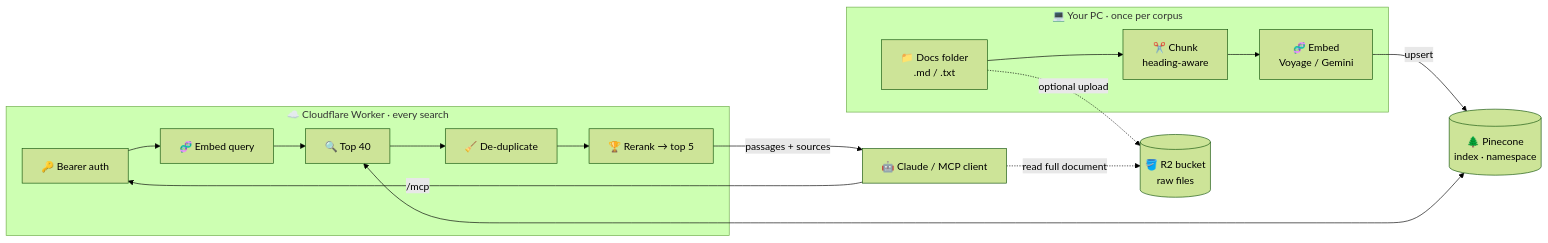
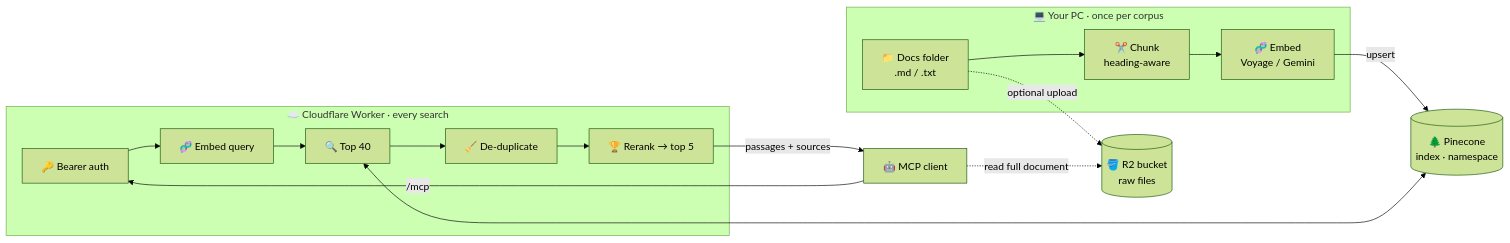
The diagram in README.md (chinmay-sh/flareRAG), drawn with Mermaid (forest theme) before and after one commit. The commit also changed other lines of this file, not shown here.

Commit message:
Update README to clarify MCP client references and improve descriptions

````diff
--- a/README.md
+++ b/README.md
@@ -36,22 +36,22 @@
 ```mermaid
 flowchart LR
     subgraph PC["💻 Your PC · once per corpus"]
         D["📁 Docs folder<br/>.md / .txt"] --> C["✂️ Chunk<br/>heading-aware"]
         C --> E["🧬 Embed<br/>Voyage / Gemini"]
     end
 
     E -->|upsert| P[("🌲 Pinecone<br/>index · namespace")]
     D -.->|optional upload| R[("🪣 R2 bucket<br/>raw files")]
 
     subgraph CF["☁️ Cloudflare Worker · every search"]
         Q["🔑 Bearer auth"] --> QE["🧬 Embed query"]
         QE --> S["🔍 Top 40"]
         S --> DD["🧹 De-duplicate"]
         DD --> RR["🏆 Rerank → top 5"]
     end
 
-    U["🤖 Claude / MCP client"] -->|/mcp| Q
+    U["🤖 MCP client"] -->|/mcp| Q
     S <--> P
     RR -->|passages + sources| U
     U -.->|read full document| R
 ```
````
